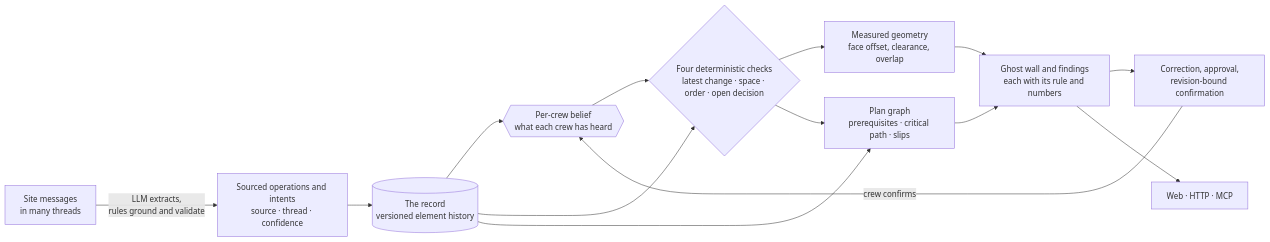
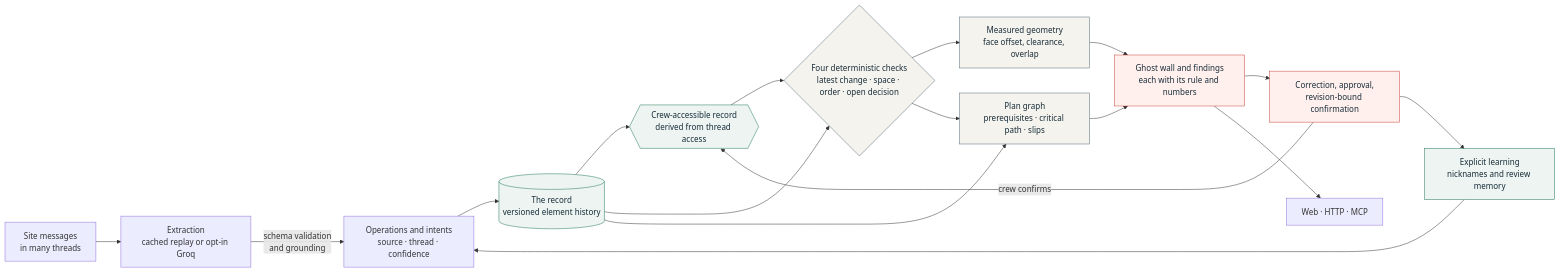
Before and after one commit to aaliusama/second-eye: the diagram in README.md, drawn with Mermaid. The commit also changed other lines of this file and 2 other files, not shown here.

Commit message:
Show architecture and live demo prominently in README

````diff
--- a/README.md
+++ b/README.md
@@ -119,16 +144,25 @@
 ```mermaid
 flowchart LR
-    M["Site messages<br/>in many threads"] -->|"LLM extracts,<br/>rules ground and validate"| O["Sourced operations and intents<br/>source · thread · confidence"]
+    M["Site messages<br/>in many threads"] --> X["Extraction<br/>cached replay or opt-in Groq"]
+    X -->|"schema validation<br/>and grounding"| O["Operations and intents<br/>source · thread · confidence"]
     O --> R[("The record<br/>versioned element history")]
-    R --> K{{"Per-crew belief<br/>what each crew has heard"}}
+    R --> K{{"Crew-accessible record<br/>derived from thread access"}}
     K --> C{"Four deterministic checks<br/>latest change · space · order · open decision"}
     R --> C
     C --> G["Measured geometry<br/>face offset, clearance, overlap"]
     R --> P["Plan graph<br/>prerequisites · critical path · slips"]
     C --> P
     G --> H["Ghost wall and findings<br/>each with its rule and numbers"]
     P --> H
     H --> F["Correction, approval,<br/>revision-bound confirmation"]
     F -->|"crew confirms"| K
+    F --> L["Explicit learning<br/>nicknames and review memory"]
+    L --> O
     H --> A["Web · HTTP · MCP"]
+    classDef record fill:#edf4f1,stroke:#24775b,color:#172c39;
+    classDef decision fill:#f5f3ed,stroke:#526878,color:#172c39;
+    classDef risk fill:#fff0ed,stroke:#c74438,color:#172c39;
+    class R,K,L record;
+    class C,G,P decision;
+    class H,F risk;
 ```
````
